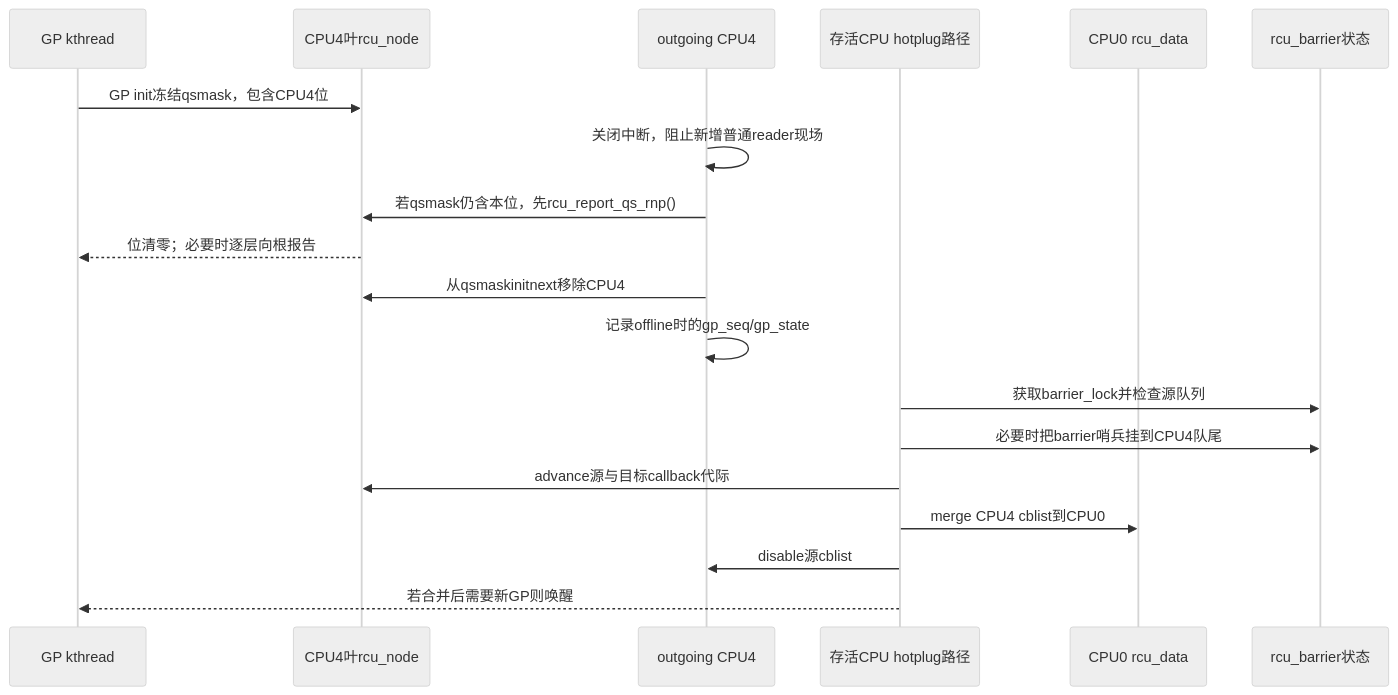
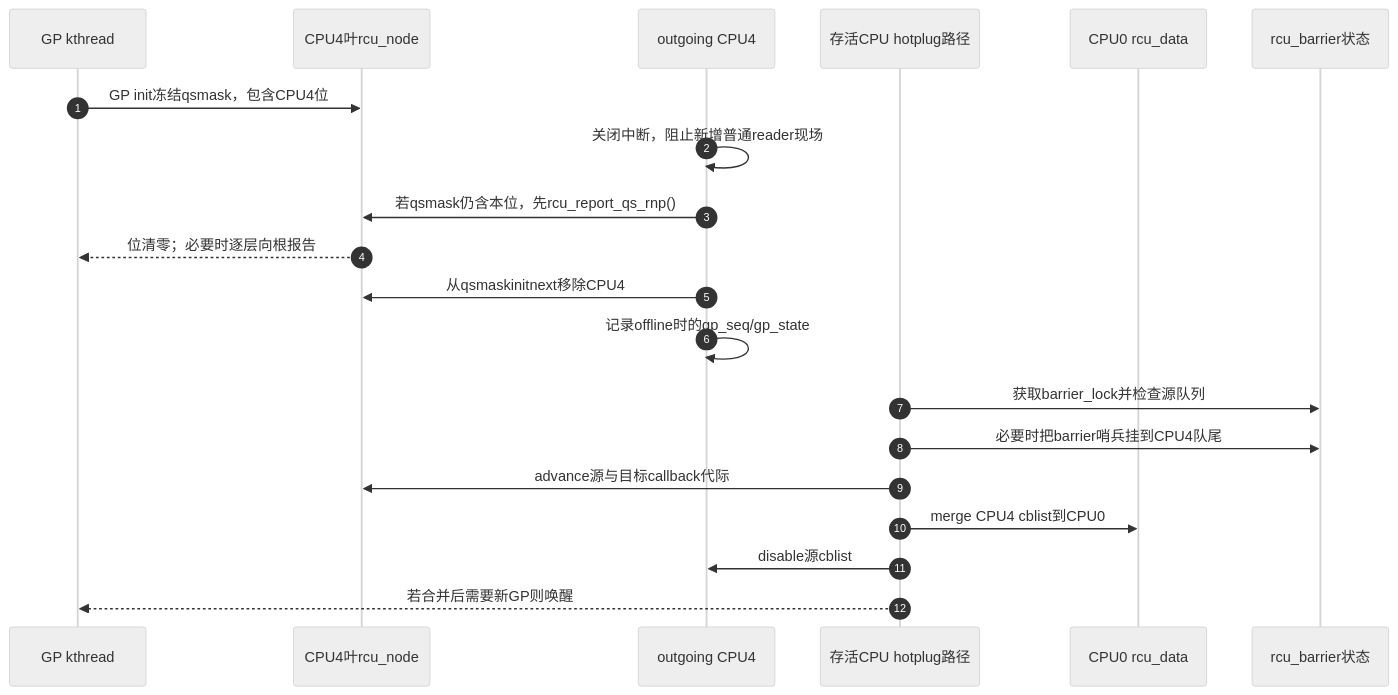
The second of 2 diagrams in research/source_reading/rcu/navigation/P04_Linux_6.12_Tree_RCU_拓扑与CPU热插拔模块源码概念导读.md (FormingSystem/linux_note), drawn with Mermaid (neutral theme) before and after one commit. The commit also changed other lines of this file and 11 other files, not shown here.

````diff
--- a/research/source_reading/rcu/navigation/P04_Linux_6.12_Tree_RCU_拓扑与CPU热插拔模块源码概念导读.md
+++ b/research/source_reading/rcu/navigation/P04_Linux_6.12_Tree_RCU_拓扑与CPU热插拔模块源码概念导读.md
@@ -112,22 +112,23 @@
 ```mermaid
 sequenceDiagram
+    autonumber
     participant GP as GP kthread
     participant N as CPU4叶rcu_node
     participant C4 as outgoing CPU4
     participant HP as 存活CPU hotplug路径
     participant C0 as CPU0 rcu_data
     participant B as rcu_barrier状态
 
     GP->>N: GP init冻结qsmask，包含CPU4位
     C4->>C4: 关闭中断，阻止新增普通reader现场
     C4->>N: 若qsmask仍含本位，先rcu_report_qs_rnp()
     N-->>GP: 位清零；必要时逐层向根报告
     C4->>N: 从qsmaskinitnext移除CPU4
     C4->>C4: 记录offline时的gp_seq/gp_state
     HP->>B: 获取barrier_lock并检查源队列
     HP->>B: 必要时把barrier哨兵挂到CPU4队尾
     HP->>N: advance源与目标callback代际
     HP->>C0: merge CPU4 cblist到CPU0
     HP->>C4: disable源cblist
     HP-->>GP: 若合并后需要新GP则唤醒
 ```
````
